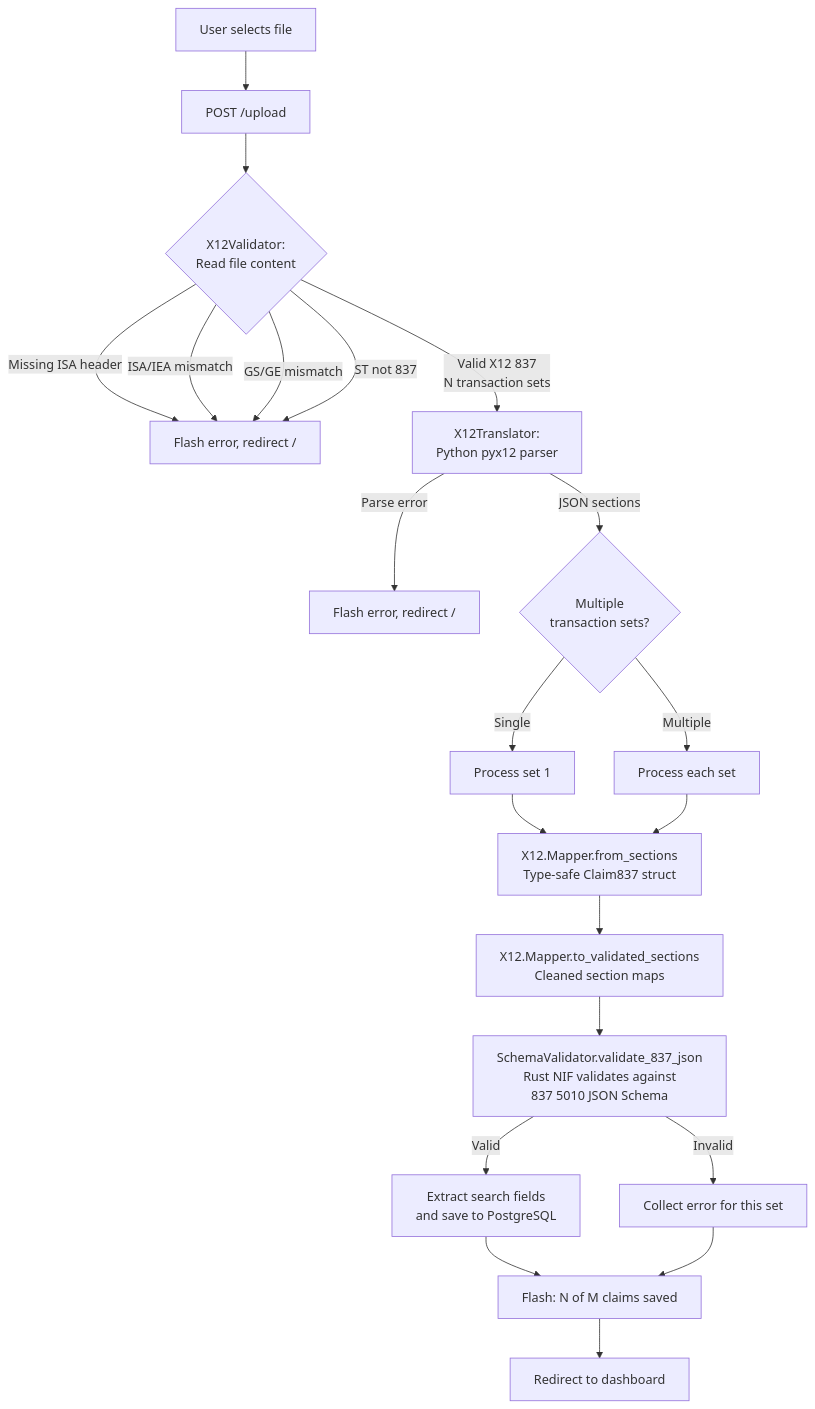
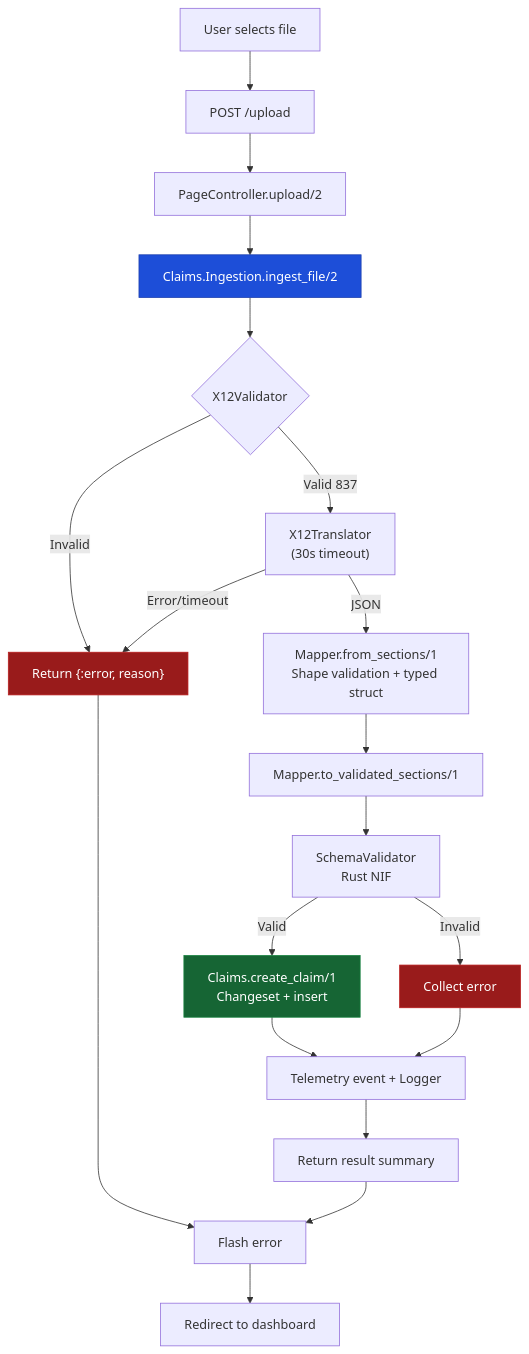
The third of 6 diagrams in README.md (nagashi/X12-Claims-Translator-Viewer), drawn with Mermaid before and after one commit. The commit also changed other lines of this file, not shown here.

Commit message:
Overhauled Architecture & ran Property based tests

````diff
--- a/README.md
+++ b/README.md
@@ -113,24 +201,30 @@
 ```mermaid
 flowchart TD
-    A[User selects file] --> B[POST /upload]
-    B --> C{X12Validator:<br/>Read file content}
-    C -->|Missing ISA header| ERR1[Flash error, redirect /]
-    C -->|ISA/IEA mismatch| ERR1
-    C -->|GS/GE mismatch| ERR1
-    C -->|ST not 837| ERR1
-    C -->|Valid X12 837<br/>N transaction sets| D[X12Translator:<br/>Python pyx12 parser]
-    D -->|Parse error| ERR2[Flash error, redirect /]
-    D -->|JSON sections| E{Multiple<br/>transaction sets?}
-    E -->|Single| F1[Process set 1]
-    E -->|Multiple| F2[Process each set]
+    A[User selects file] --> B["POST /upload"]
+    B --> C["PageController.upload/2"]
+    C --> D["Claims.Ingestion.ingest_file/2"]
 
-    F1 --> G[X12.Mapper.from_sections<br/>Type-safe Claim837 struct]
-    F2 --> G
-    G --> H[X12.Mapper.to_validated_sections<br/>Cleaned section maps]
-    H --> I[SchemaValidator.validate_837_json<br/>Rust NIF validates against<br/>837 5010 JSON Schema]
-    I -->|Valid| J[Extract search fields<br/>and save to PostgreSQL]
-    I -->|Invalid| K[Collect error for this set]
-    J --> L[Flash: N of M claims saved]
+    D --> E{"X12Validator"}
+    E -->|"Invalid"| ERR["Return {:error, reason}"]
+    E -->|"Valid 837"| F["X12Translator<br/>(30s timeout)"]
+
+    F -->|"Error/timeout"| ERR
+    F -->|"JSON"| G["Mapper.from_sections/1<br/>Shape validation + typed struct"]
+    G --> H["Mapper.to_validated_sections/1"]
+    H --> I["SchemaValidator<br/>Rust NIF"]
+
+    I -->|"Valid"| J["Claims.create_claim/1<br/>Changeset + insert"]
+    I -->|"Invalid"| K["Collect error"]
+
+    J --> L["Telemetry event + Logger"]
     K --> L
-    L --> M[Redirect to dashboard]
+    L --> M["Return result summary"]
+    ERR --> N["Flash error"]
+    M --> N
+    N --> O["Redirect to dashboard"]
+
+    style D fill:#1d4ed8,color:#fff,stroke:#1e40af
+    style J fill:#166534,color:#fff,stroke:#15803d
+    style ERR fill:#991b1b,color:#fff,stroke:#b91c1c
+    style K fill:#991b1b,color:#fff,stroke:#b91c1c
 ```
````
